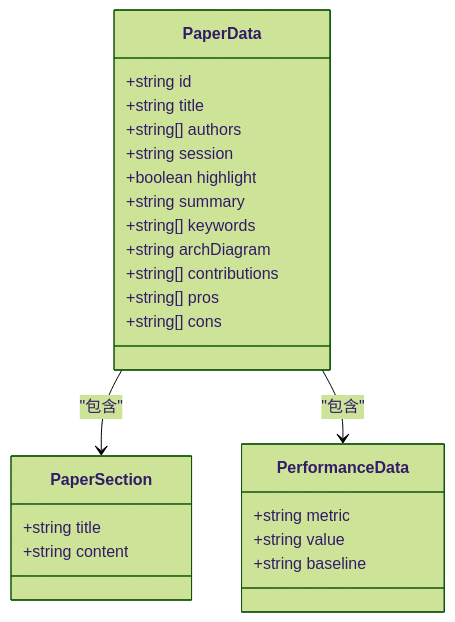
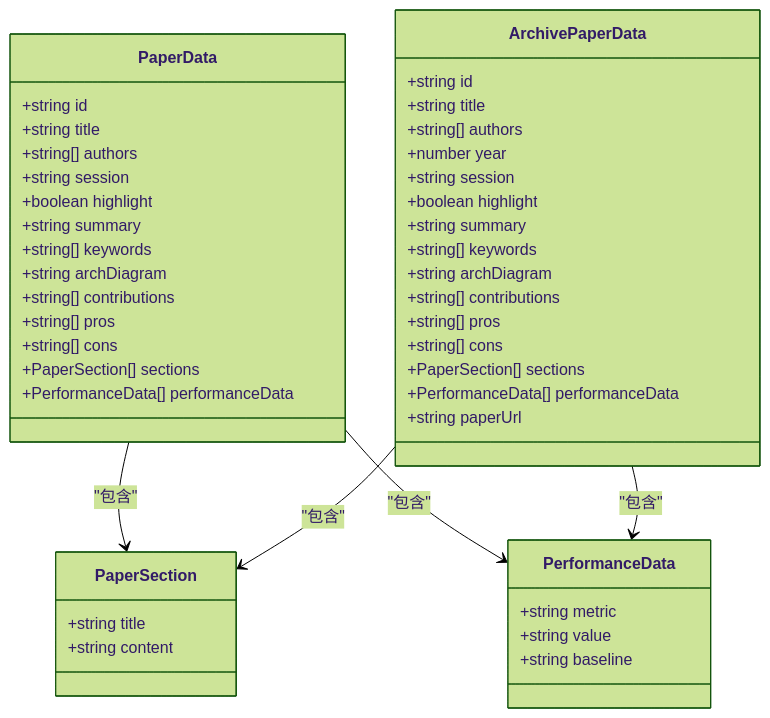
The sixth of 18 diagrams in .qoder/repowiki/zh/content/数据模型/数据模型.md (erikliu123/storage_ai_blog), drawn with Mermaid (forest theme) before and after one commit. The commit also changed other lines of this file and 61 other files, not shown here.

````diff
--- a/.qoder/repowiki/zh/content/数据模型/数据模型.md
+++ b/.qoder/repowiki/zh/content/数据模型/数据模型.md
@@ -375,27 +389,48 @@
 ```mermaid
 classDiagram
 class PaperData {
 +string id
 +string title
 +string[] authors
 +string session
 +boolean highlight
 +string summary
 +string[] keywords
 +string archDiagram
 +string[] contributions
 +string[] pros
 +string[] cons
++PaperSection[] sections
++PerformanceData[] performanceData
+}
+class ArchivePaperData {
++string id
++string title
++string[] authors
++number year
++string session
++boolean highlight
++string summary
++string[] keywords
++string archDiagram
++string[] contributions
++string[] pros
++string[] cons
++PaperSection[] sections
++PerformanceData[] performanceData
++string paperUrl
 }
 class PaperSection {
 +string title
 +string content
 }
 class PerformanceData {
 +string metric
 +string value
 +string baseline
 }
 PaperData --> PaperSection : "包含"
 PaperData --> PerformanceData : "包含"
+ArchivePaperData --> PaperSection : "包含"
+ArchivePaperData --> PerformanceData : "包含"
 ```
````
